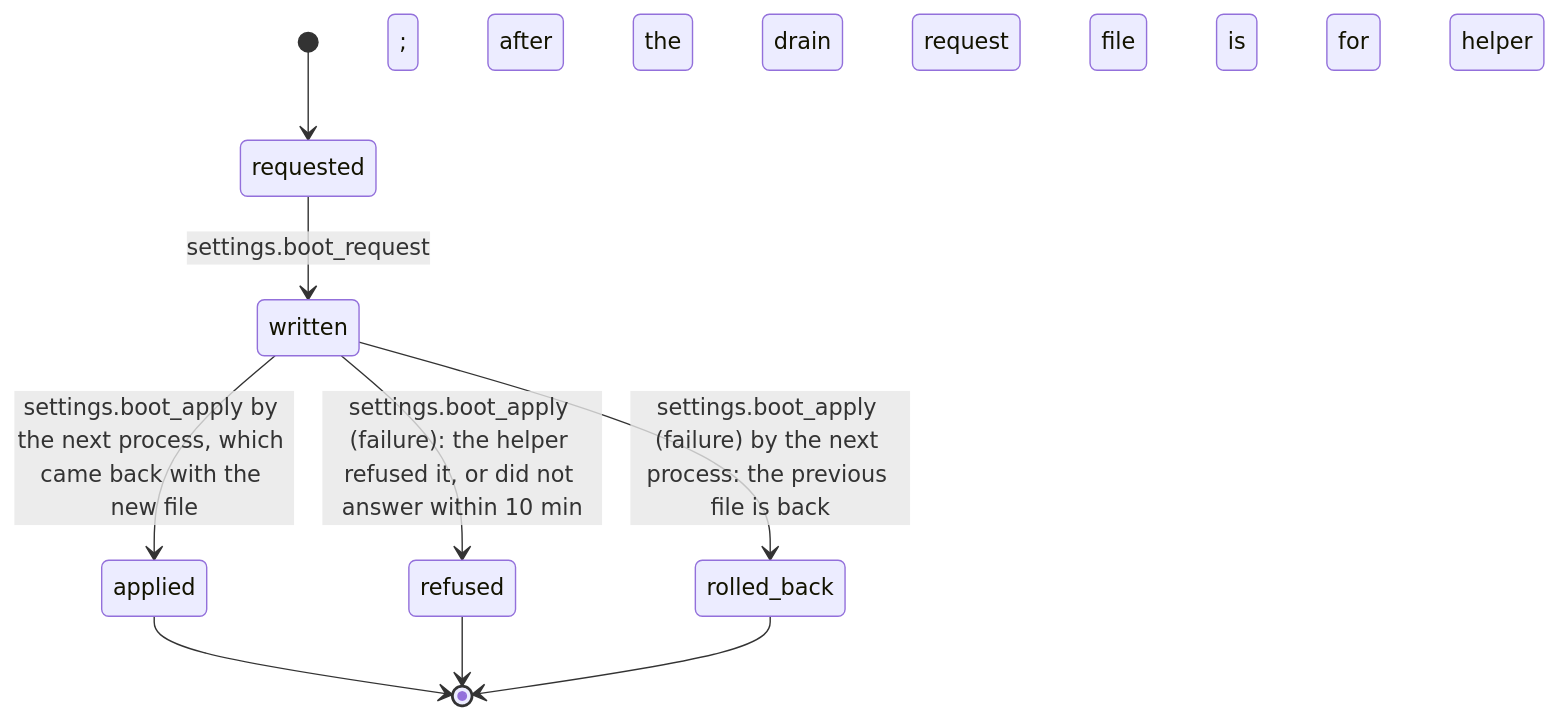
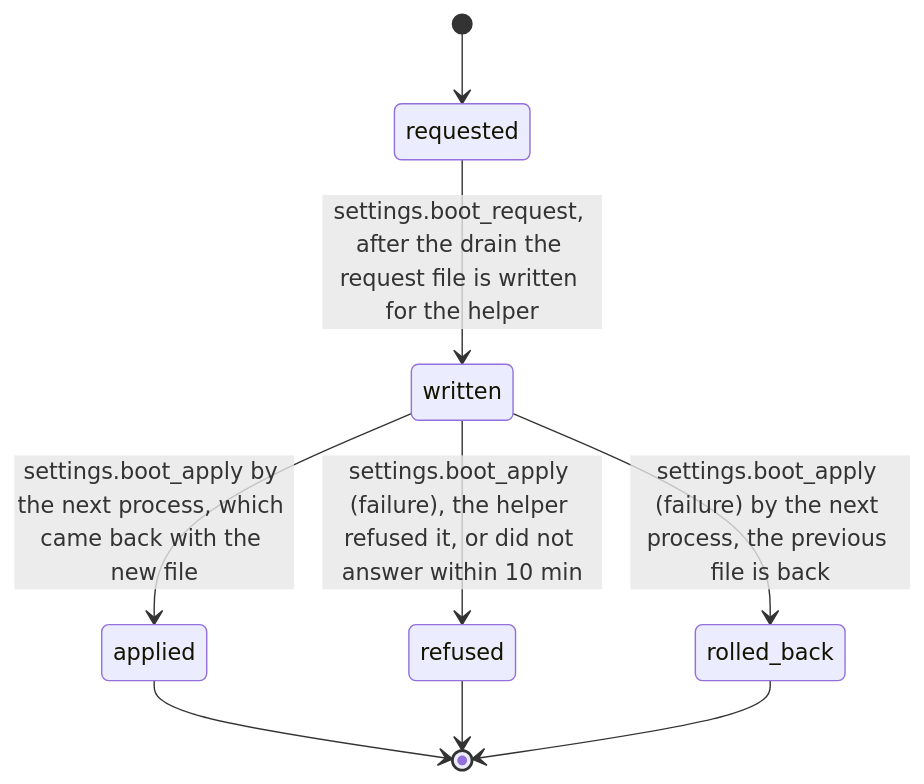
Diagram 19 of 23 in docs/lifecycles.md (albatroxxx/zanskar), drawn with Mermaid before and after one commit. The commit also changed other lines of this file and 2 other files, not shown here.

````diff
--- a/docs/lifecycles.md
+++ b/docs/lifecycles.md
@@ -390,11 +549,11 @@
 ```mermaid
 stateDiagram-v2
     [*] --> requested
-    requested --> written: settings.boot_request; after the drain the request file is written for the helper
-    written --> refused: settings.boot_apply (failure): the helper refused it, or did not answer within 10 min
+    requested --> written: settings.boot_request, after the drain the request file is written for the helper
+    written --> refused: settings.boot_apply (failure), the helper refused it, or did not answer within 10 min
     written --> applied: settings.boot_apply by the next process, which came back with the new file
-    written --> rolled_back: settings.boot_apply (failure) by the next process: the previous file is back
+    written --> rolled_back: settings.boot_apply (failure) by the next process, the previous file is back
     applied --> [*]
     refused --> [*]
     rolled_back --> [*]
 ```
````
